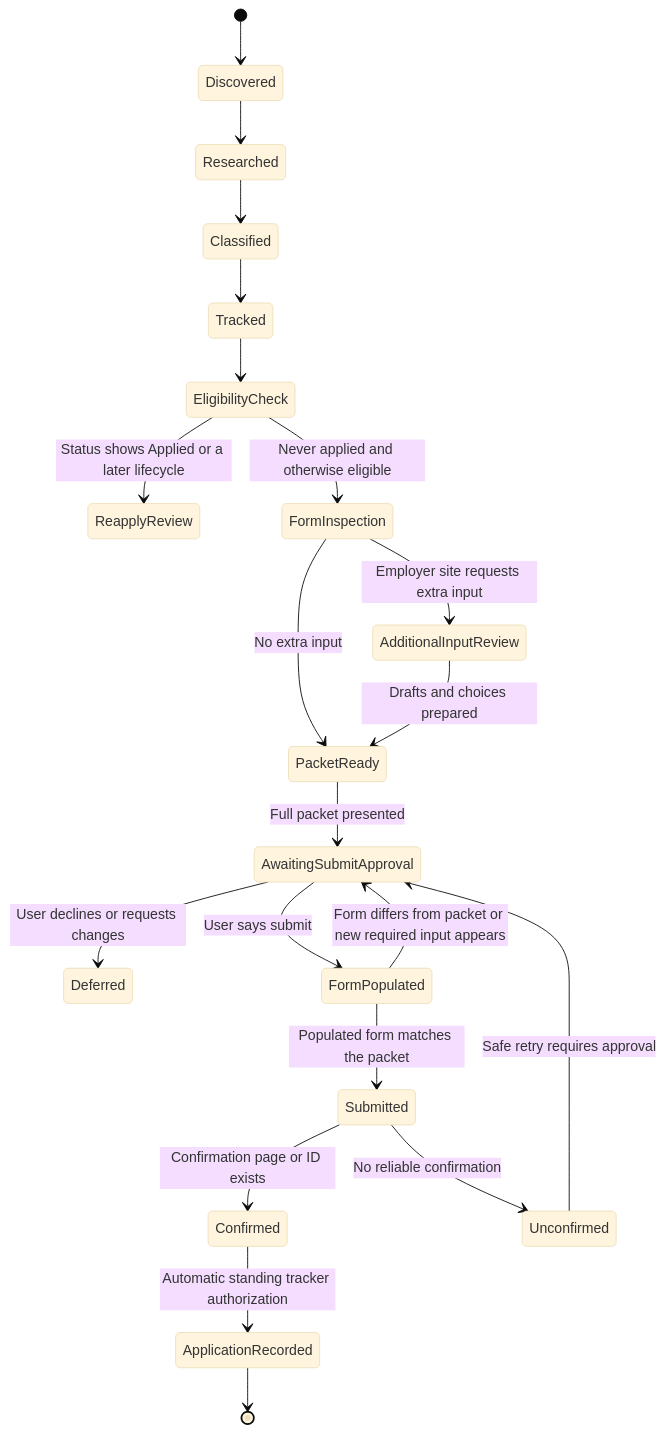
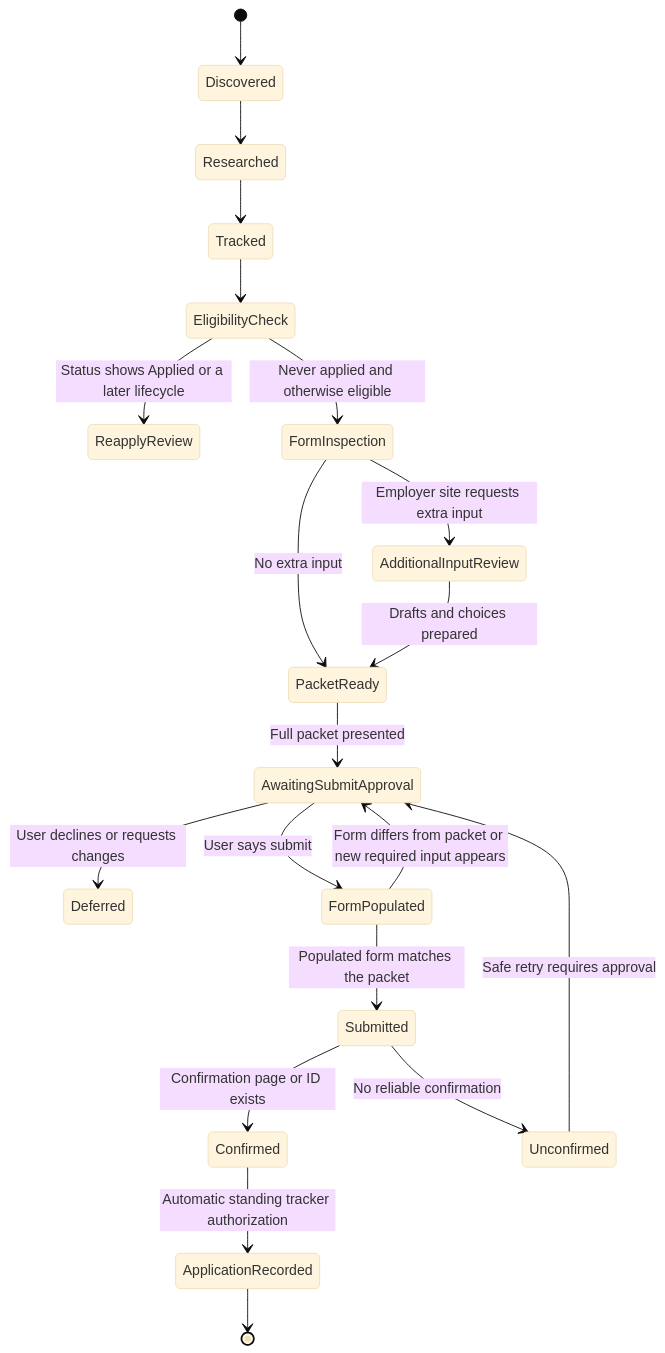
The first of 2 diagrams in linkedin-job-pilot/references/application-gates.md (fsw0422/skills), drawn with Mermaid (base theme) before and after one commit. The commit also changed other lines of this file and 6 other files, not shown here.

````diff
--- a/linkedin-job-pilot/references/application-gates.md
+++ b/linkedin-job-pilot/references/application-gates.md
@@ -7,23 +7,22 @@
 ```mermaid
 stateDiagram-v2
     [*] --> Discovered
     Discovered --> Researched
-    Researched --> Classified
-    Classified --> Tracked
+    Researched --> Tracked
     Tracked --> EligibilityCheck
     EligibilityCheck --> ReapplyReview: Status shows Applied or a later lifecycle
     EligibilityCheck --> FormInspection: Never applied and otherwise eligible
     FormInspection --> AdditionalInputReview: Employer site requests extra input
     FormInspection --> PacketReady: No extra input
     AdditionalInputReview --> PacketReady: Drafts and choices prepared
     PacketReady --> AwaitingSubmitApproval: Full packet presented
     AwaitingSubmitApproval --> Deferred: User declines or requests changes
     AwaitingSubmitApproval --> FormPopulated: User says submit
     FormPopulated --> AwaitingSubmitApproval: Form differs from packet or new required input appears
     FormPopulated --> Submitted: Populated form matches the packet
     Submitted --> Confirmed: Confirmation page or ID exists
     Submitted --> Unconfirmed: No reliable confirmation
     Confirmed --> ApplicationRecorded: Automatic standing tracker authorization
     ApplicationRecorded --> [*]
     Unconfirmed --> AwaitingSubmitApproval: Safe retry requires approval
 ```
````
